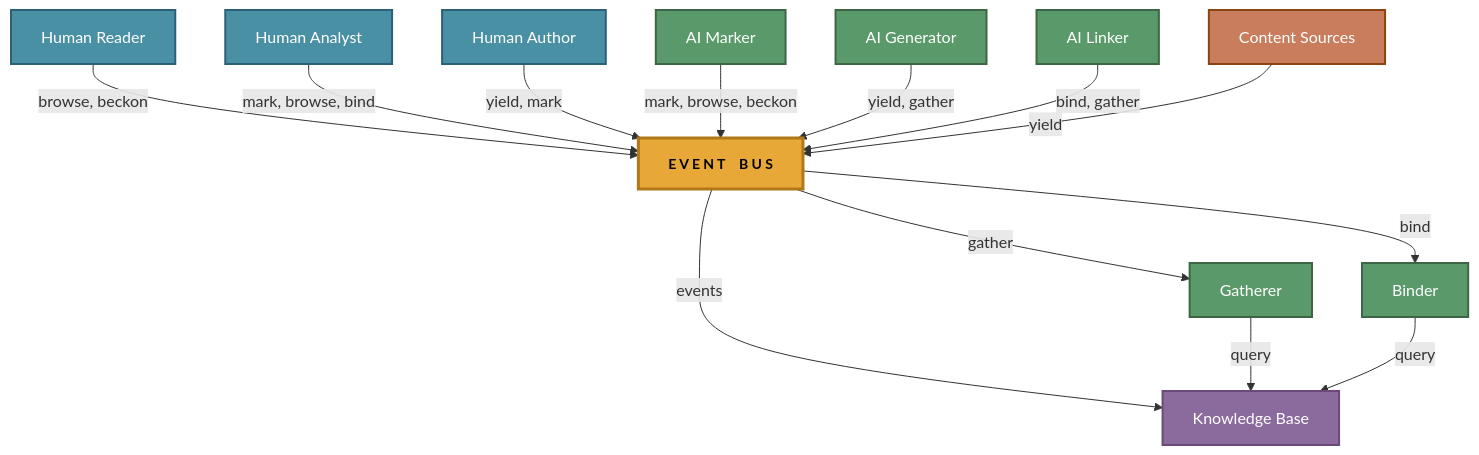
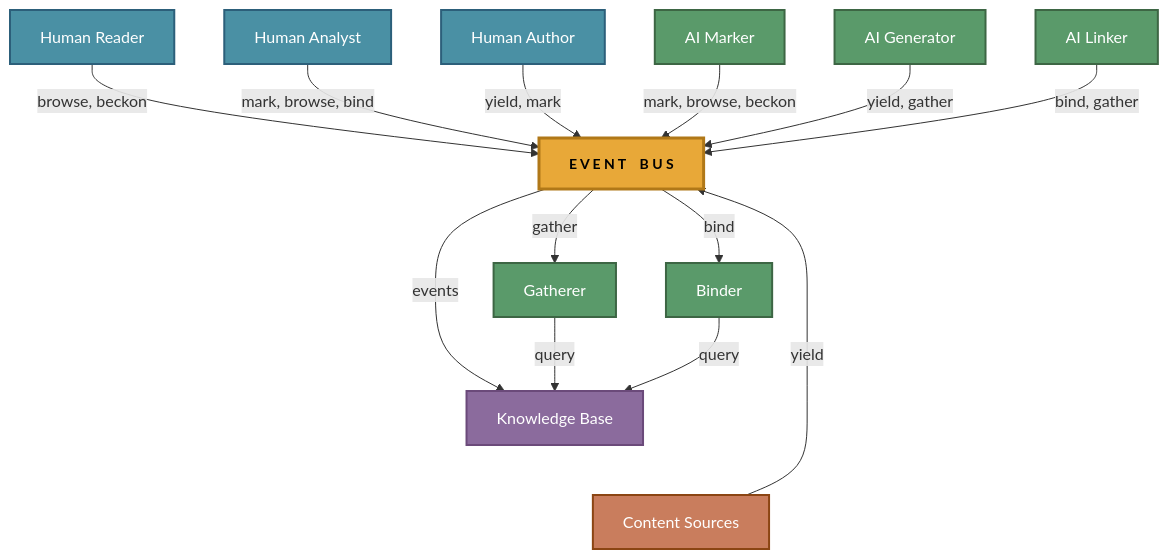
The first of 3 diagrams in docs/ARCHITECTURE-NEXT.md (The-AI-Alliance/semiont), drawn with Mermaid before and after one commit.

Commit message:
move content sources

````diff
--- a/docs/ARCHITECTURE-NEXT.md
+++ b/docs/ARCHITECTURE-NEXT.md
@@ -17,33 +17,34 @@
 ```mermaid
 graph TD
     READER["Human Reader"] -->|"browse, beckon"| BUS
     ANALYST["Human Analyst"] -->|"mark, browse, bind"| BUS
     AUTHOR["Human Author"] -->|"yield, mark"| BUS
     MARKER["AI Marker"] -->|"mark, browse, beckon"| BUS
     GENERATOR["AI Generator"] -->|"yield, gather"| BUS
     LINKER["AI Linker"] -->|"bind, gather"| BUS
 
     BUS["E V E N T &ensp; B U S"]
 
-    SOURCES["Content Sources"] -->|"yield"| BUS
     BUS -->|"events"| KB["Knowledge Base"]
     BUS -->|"gather"| GATHERER["Gatherer"]
     BUS -->|"bind"| BINDER["Binder"]
-    SOURCES ~~~ GATHERER
     GATHERER -->|"query"| KB
     BINDER -->|"query"| KB
+
+    SOURCES["Content Sources"] -->|"yield"| BUS
+    KB ~~~ SOURCES
 
     classDef bus fill:#e8a838,stroke:#b07818,stroke-width:3px,color:#000,font-weight:bold,font-size:14px
     classDef human fill:#4a90a4,stroke:#2c5f7a,stroke-width:2px,color:#fff
     classDef ai fill:#5a9a6a,stroke:#3d6644,stroke-width:2px,color:#fff
     classDef kb fill:#8b6b9d,stroke:#6b4a7a,stroke-width:2px,color:#fff
     classDef stream fill:#c97d5d,stroke:#8b4513,stroke-width:2px,color:#fff
     classDef worker fill:#5a9a6a,stroke:#3d6644,stroke-width:2px,color:#fff
 
     class READER,ANALYST,AUTHOR human
     class MARKER,GENERATOR,LINKER ai
     class BUS bus
     class KB kb
     class SOURCES stream
     class GATHERER,BINDER worker
 ```
````
